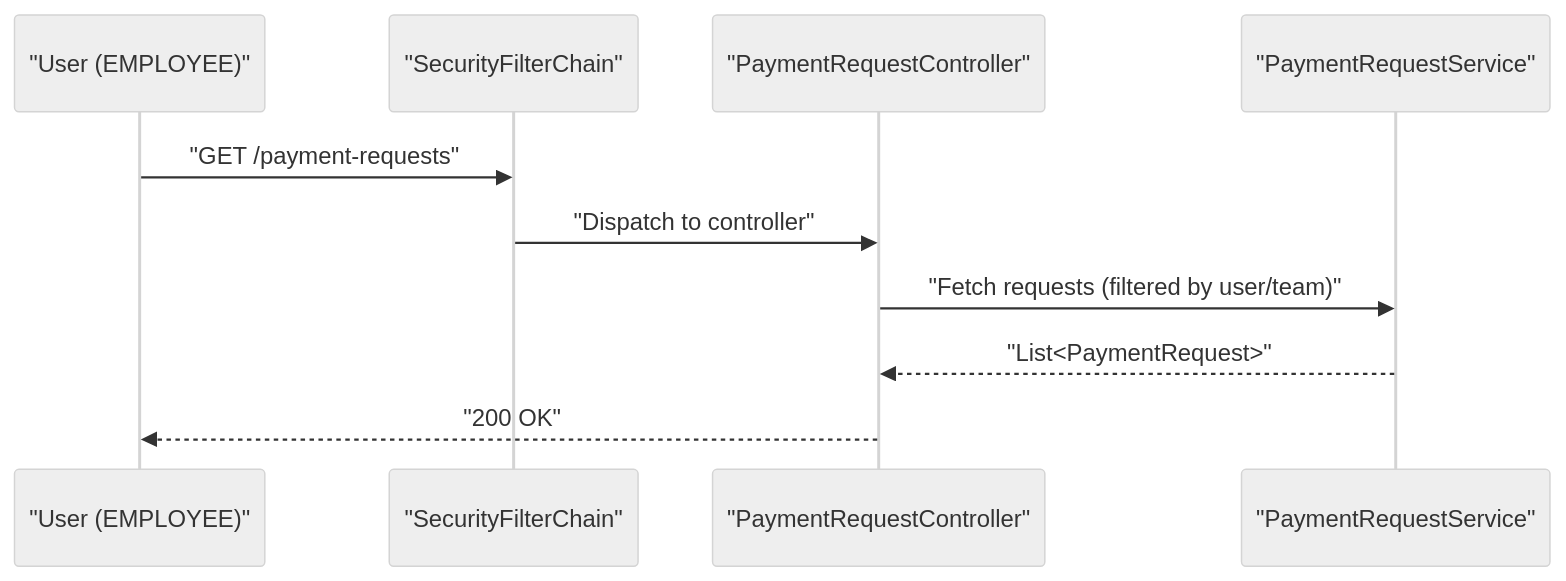
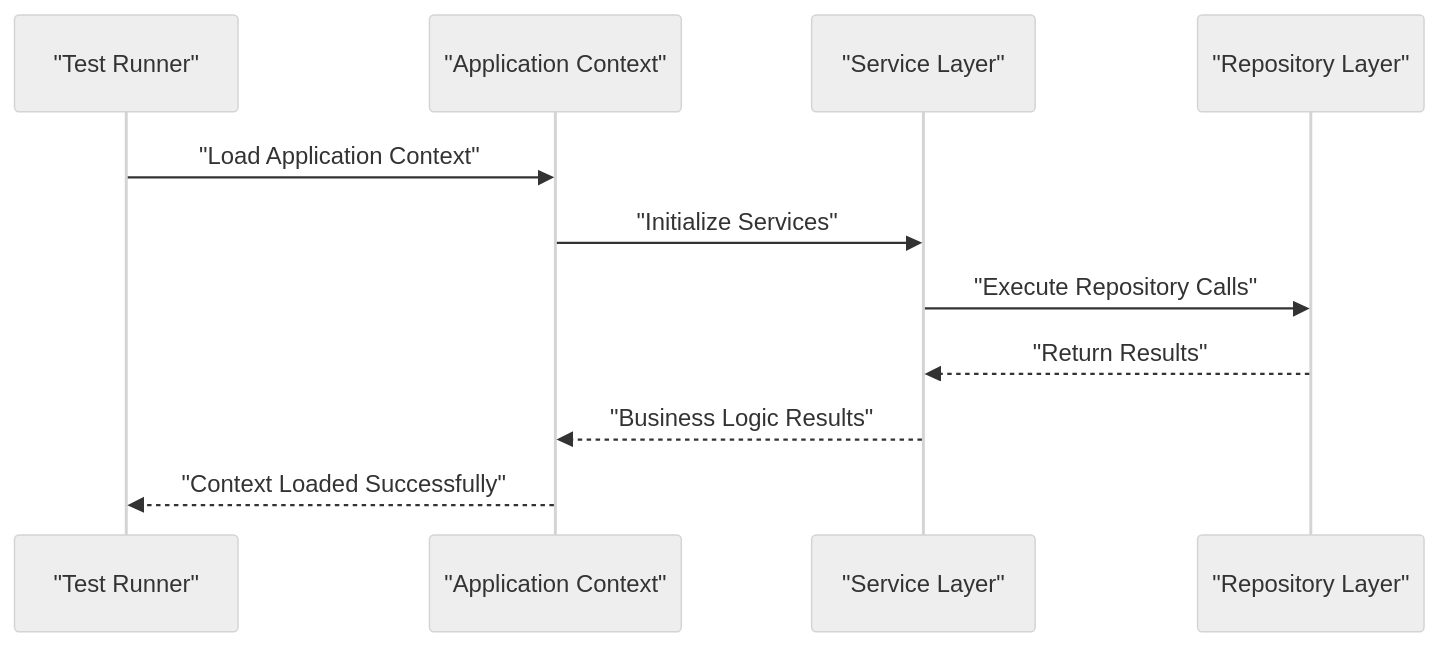
The third of 5 diagrams in .qoder/repowiki/en/content/Testing Strategy.md (mhcybroot/Skylink-custom-backend), drawn with Mermaid (neutral theme) before and after one commit. The commit also changed other lines of this file and 7 other files, not shown here.

First line of the commit message:
feat(architecture): enhance security, real-time communication, and data access layers

````diff
--- a/.qoder/repowiki/en/content/Testing Strategy.md
+++ b/.qoder/repowiki/en/content/Testing Strategy.md
@@ -223,12 +138,13 @@
 ```mermaid
 sequenceDiagram
-participant U as "User (EMPLOYEE)"
-participant SEC as "SecurityFilterChain"
-participant CTRL as "PaymentRequestController"
-participant SVC as "PaymentRequestService"
-U->>SEC : "GET /payment-requests"
-SEC->>CTRL : "Dispatch to controller"
-CTRL->>SVC : "Fetch requests (filtered by user/team)"
-SVC-->>CTRL : "List<PaymentRequest>"
-CTRL-->>U : "200 OK"
+participant T as "Test Runner"
+participant A as "Application Context"
+participant S as "Service Layer"
+participant R as "Repository Layer"
+T->>A : "Load Application Context"
+A->>S : "Initialize Services"
+S->>R : "Execute Repository Calls"
+R-->>S : "Return Results"
+S-->>A : "Business Logic Results"
+A-->>T : "Context Loaded Successfully"
 ```
````
